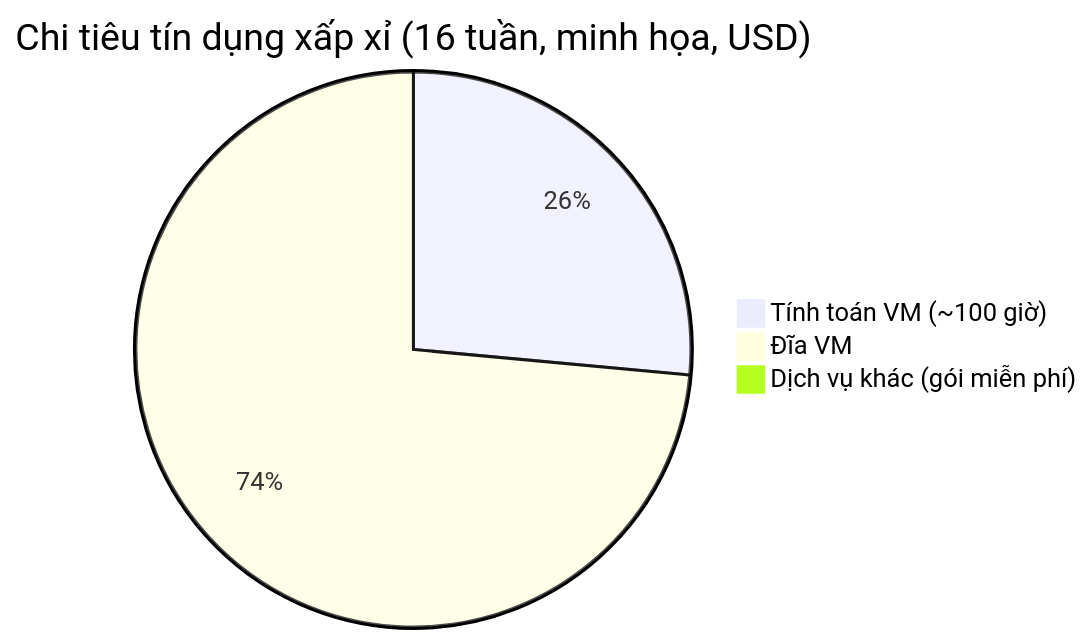
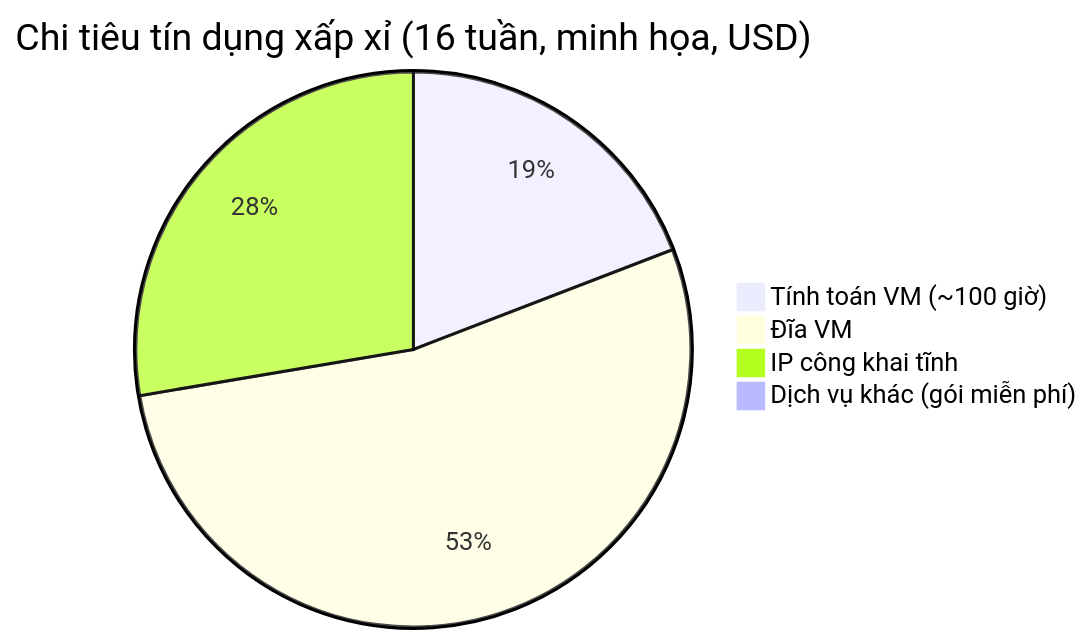
Before and after one commit to dut-pbl6-2026/job-platform-docs: the second of 5 diagrams in docs/srs/vi/9-infra-cost-analysis.vi.md, drawn with Mermaid. The commit also changed other lines of this file and 12 other files, not shown here.

````diff
--- a/docs/srs/vi/9-infra-cost-analysis.vi.md
+++ b/docs/srs/vi/9-infra-cost-analysis.vi.md
@@ -118,6 +120,7 @@
 ```mermaid
 pie title Chi tiêu tín dụng xấp xỉ (16 tuần, minh họa, USD)
     "Tính toán VM (~100 giờ)" : 9
     "Đĩa VM" : 25
+    "IP công khai tĩnh" : 13
     "Dịch vụ khác (gói miễn phí)" : 0
 ```
````
